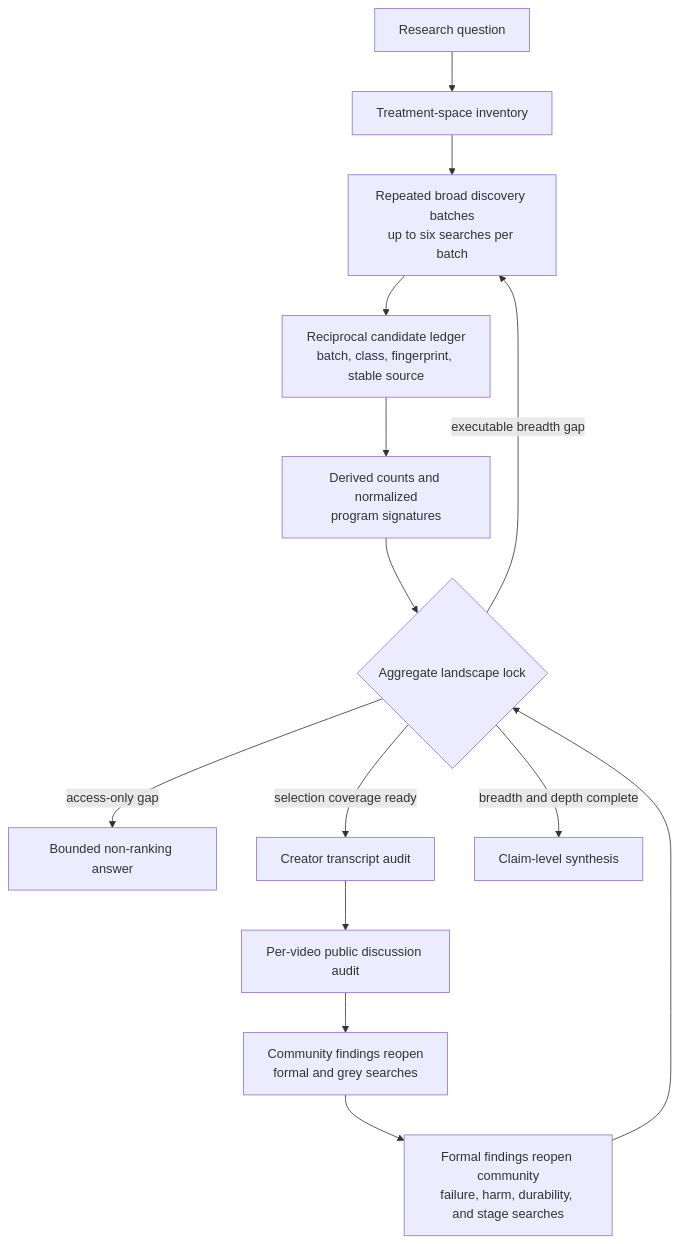
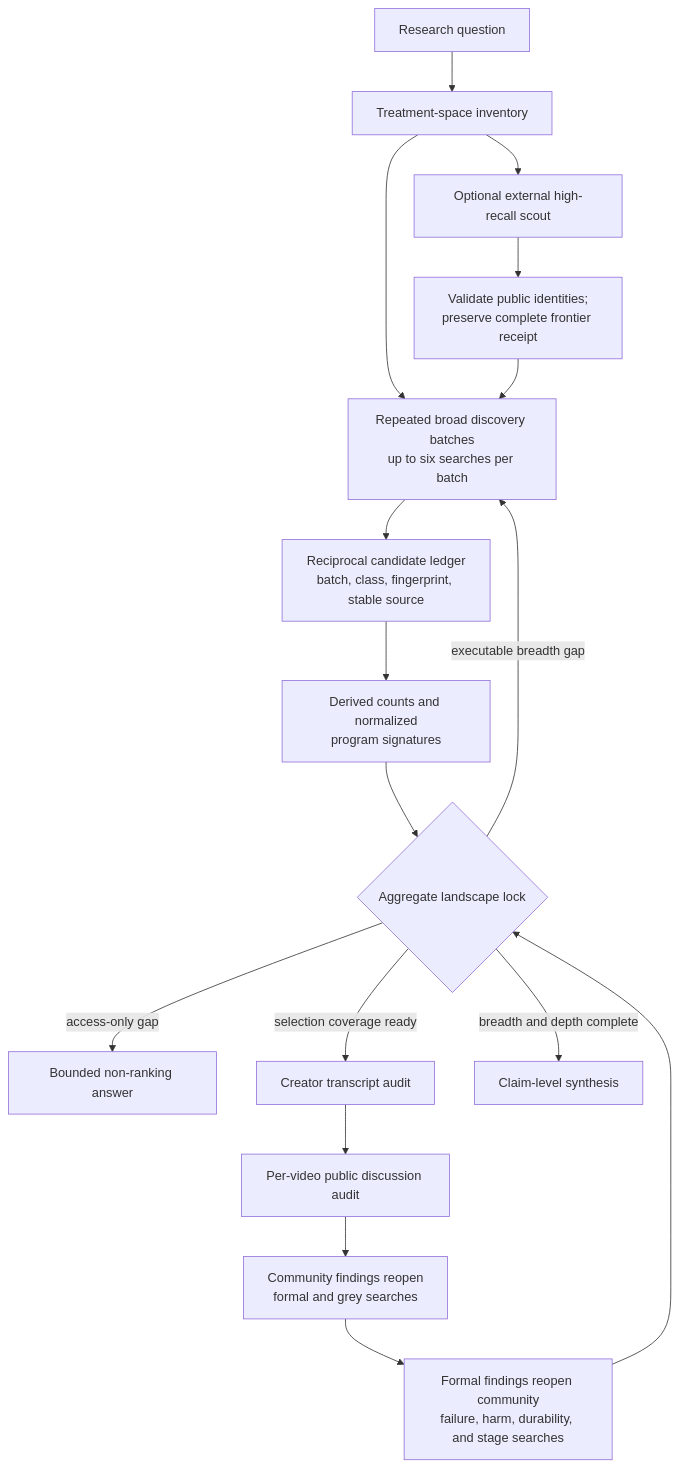
Before and after one commit to u-dont-existDOTcom/AskRigor: the first of 2 diagrams in docs/treatment-landscape-workflow.md, drawn with Mermaid. The commit also changed other lines of this file and 42 other files, not shown here.

````diff
--- a/docs/treatment-landscape-workflow.md
+++ b/docs/treatment-landscape-workflow.md
@@ -9,16 +9,19 @@
 ```mermaid
 flowchart TD
     Q[Research question] --> I[Treatment-space inventory]
     I --> B[Repeated broad discovery batches<br/>up to six searches per batch]
+    I --> E[Optional external high-recall scout]
+    E --> V[Validate public identities;<br/>preserve complete frontier receipt]
+    V --> B
     B --> R[Reciprocal candidate ledger<br/>batch, class, fingerprint, stable source]
     R --> C[Derived counts and normalized<br/>program signatures]
     C --> L{Aggregate landscape lock}
     L -- executable breadth gap --> B
     L -- access-only gap --> O[Bounded non-ranking answer]
     L -- selection coverage ready --> T[Creator transcript audit]
     T --> D[Per-video public discussion audit]
     D --> X[Community findings reopen<br/>formal and grey searches]
     X --> Y[Formal findings reopen community<br/>failure, harm, durability, and stage searches]
     Y --> L
     L -- breadth and depth complete --> S[Claim-level synthesis]
 ```
````
